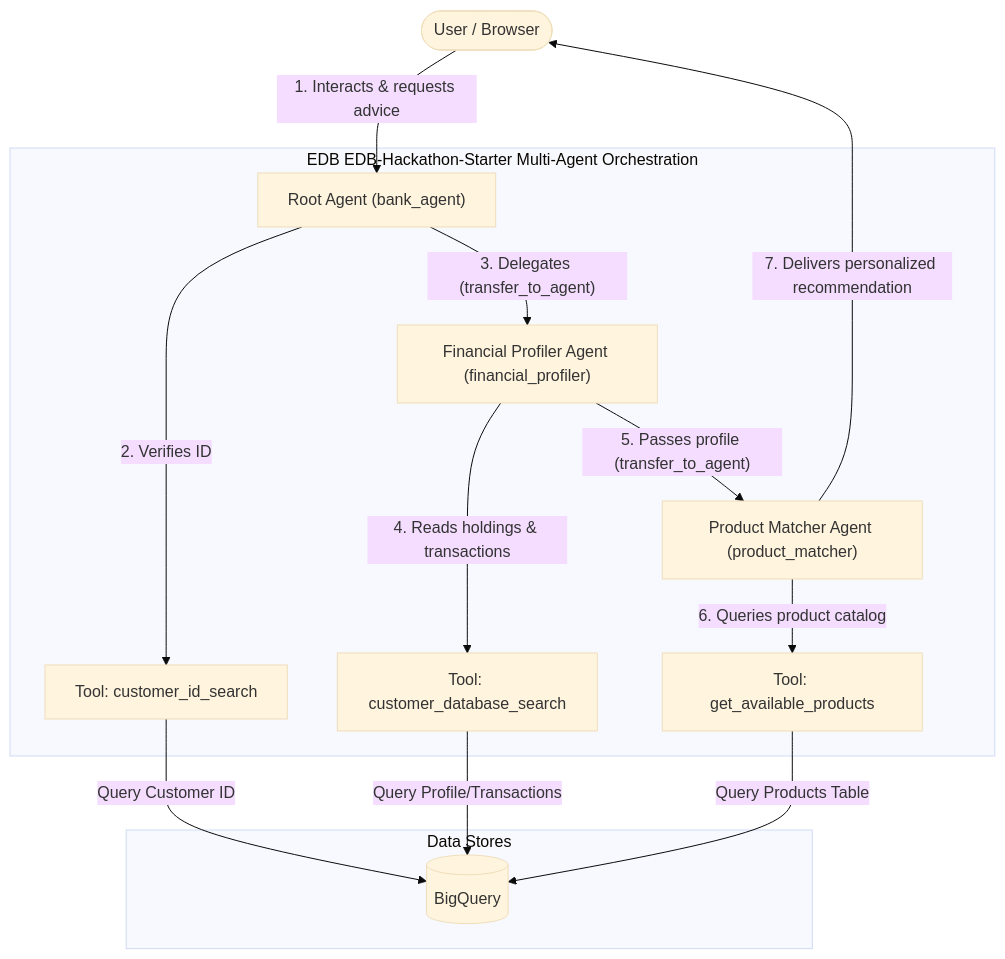
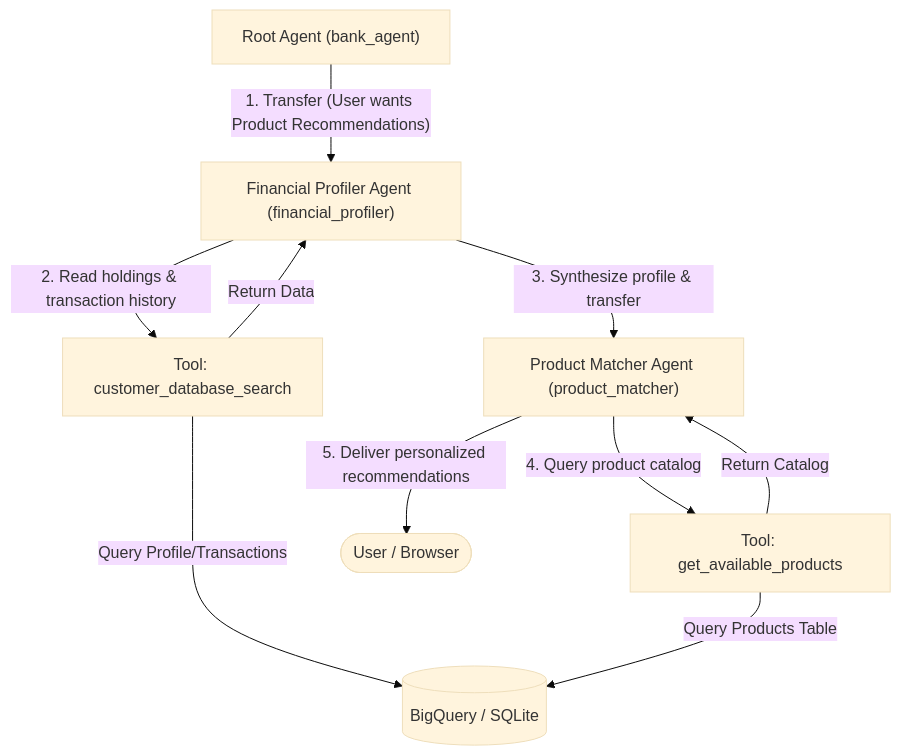
Before and after one commit to TheOneTrueSahil/EDB-Hackathon-Starter: the second of 4 diagrams in README.md, drawn with Mermaid (base theme). The commit also changed other lines of this file and 4 other files, not shown here.

````diff
--- a/README.md
+++ b/README.md
@@ -9,29 +57,20 @@
 ```mermaid
 flowchart TD
+    RootAgent["Root Agent (bank_agent)"]
+    ProfilerAgent["Financial Profiler Agent (financial_profiler)"]
+    MatcherAgent["Product Matcher Agent (product_matcher)"]
+    T2["Tool: customer_database_search"]
+    T3["Tool: get_available_products"]
+    BQ[("BigQuery / SQLite")]
     User(["User / Browser"])
 
-    subgraph EDB["EDB EDB-Hackathon-Starter Multi-Agent Orchestration"]
-        RootAgent["Root Agent (bank_agent)"]
-        ProfilerAgent["Financial Profiler Agent (financial_profiler)"]
-        MatcherAgent["Product Matcher Agent (product_matcher)"]
-
-        T1["Tool: customer_id_search"]
-        T2["Tool: customer_database_search"]
-        T3["Tool: get_available_products"]
-    end
-
-    subgraph Data["Data Stores"]
-        BQ[("BigQuery")]
-    end
-
-    User -- "1. Interacts & requests advice" --> RootAgent
-    RootAgent -- "2. Verifies ID" --> T1
-    T1 -- "Query Customer ID" --> BQ
-    RootAgent -- "3. Delegates (transfer_to_agent)" --> ProfilerAgent
-    ProfilerAgent -- "4. Reads holdings & transactions" --> T2
+    RootAgent -- "1. Transfer (User wants Product Recommendations)" --> ProfilerAgent
+    ProfilerAgent -- "2. Read holdings & transaction history" --> T2
     T2 -- "Query Profile/Transactions" --> BQ
-    ProfilerAgent -- "5. Passes profile (transfer_to_agent)" --> MatcherAgent
-    MatcherAgent -- "6. Queries product catalog" --> T3
+    T2 -- "Return Data" --> ProfilerAgent
+    ProfilerAgent -- "3. Synthesize profile & transfer" --> MatcherAgent
+    MatcherAgent -- "4. Query product catalog" --> T3
     T3 -- "Query Products Table" --> BQ
-    MatcherAgent -- "7. Delivers personalized recommendation" --> User
+    T3 -- "Return Catalog" --> MatcherAgent
+    MatcherAgent -- "5. Deliver personalized recommendations" --> User
 ```
````
